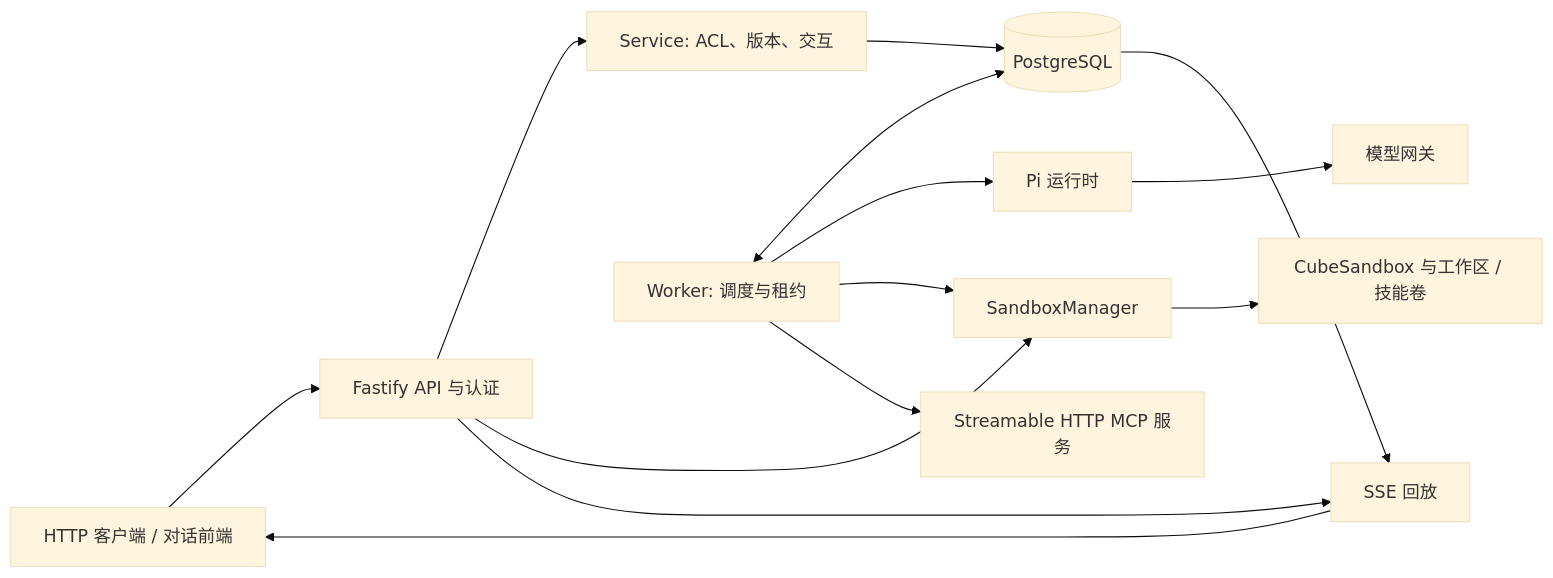
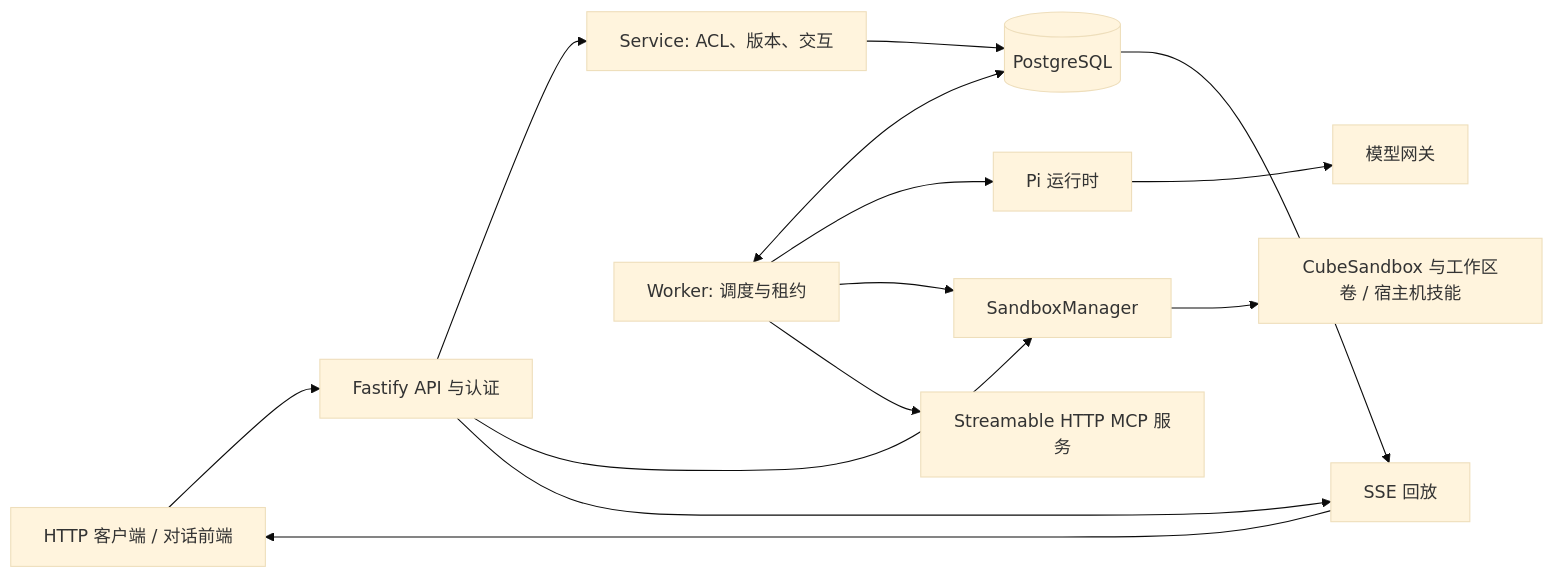
One commit to Garhorne0813/pi-flow changed the diagram in docs/architecture.zh-CN.md. Above: the diagram before and after it, drawn with Mermaid (base theme). The commit also changed other lines of this file and 11 other files, not shown here.

````diff
--- a/docs/architecture.zh-CN.md
+++ b/docs/architecture.zh-CN.md
@@ -9,16 +9,16 @@
 ```mermaid
 flowchart LR
     Client[HTTP 客户端 / 对话前端] --> API[Fastify API 与认证]
     API --> Service[Service: ACL、版本、交互]
     Service --> DB[(PostgreSQL)]
     API --> Manager[SandboxManager]
     Worker[Worker: 调度与租约] <--> DB
     Worker --> Pi[Pi 运行时]
     Pi --> Gateway[模型网关]
     Worker --> Manager
-    Manager --> Cube[CubeSandbox 与工作区 / 技能卷]
+    Manager --> Cube[CubeSandbox 与工作区卷 / 宿主机技能]
     Worker --> MCP[Streamable HTTP MCP 服务]
     API --> SSE[SSE 回放]
     DB --> SSE
     SSE --> Client
 ```
````
